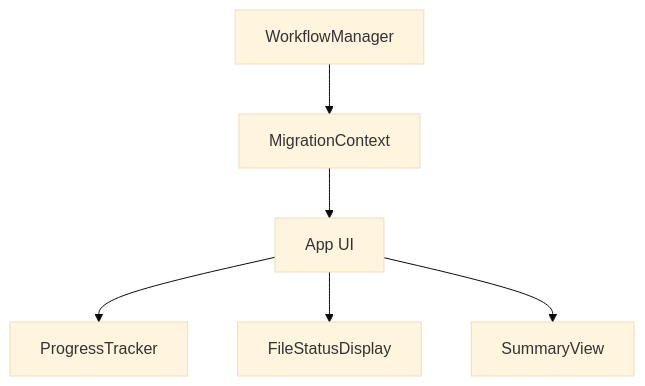
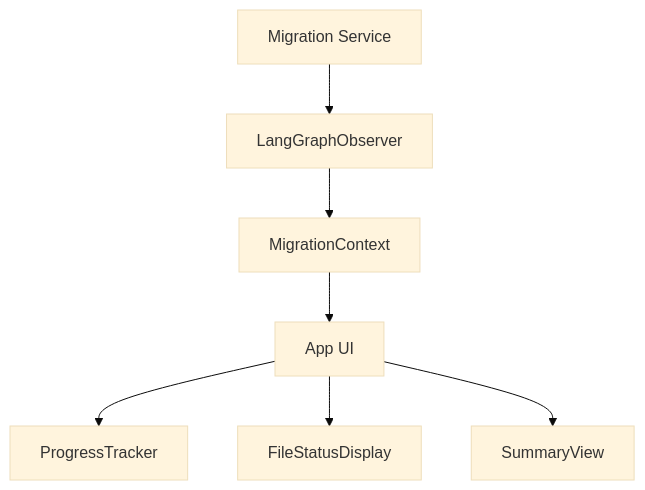
Before and after one commit to Rolilink/unshallow: the diagram in state-management.md, drawn with Mermaid (base theme). The commit also changed other lines of this file and 7 other files, not shown here.

Commit message:
improved architecture

````diff
--- a/state-management.md
+++ b/state-management.md
@@ -5,8 +5,9 @@
 ```mermaid
 graph TD
-    A[WorkflowManager] --> B[MigrationContext]
-    B --> C[App UI]
-    C --> D[ProgressTracker]
-    C --> E[FileStatusDisplay]
-    C --> F[SummaryView]
+    A[Migration Service] --> B[LangGraphObserver]
+    B --> C[MigrationContext]
+    C --> D[App UI]
+    D --> E[ProgressTracker]
+    D --> F[FileStatusDisplay]
+    D --> G[SummaryView]
 ```
````
